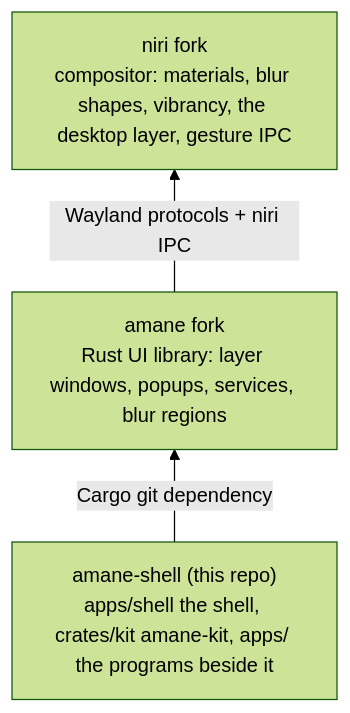
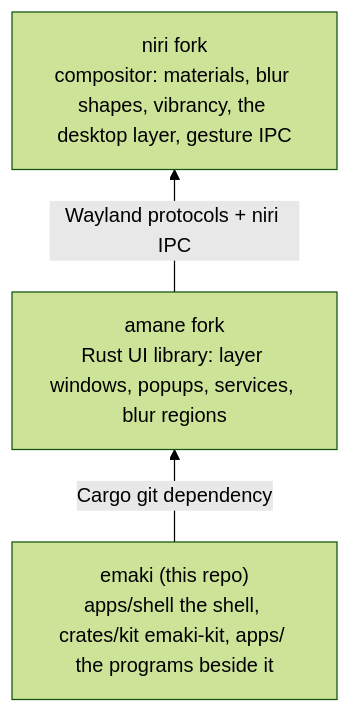
Before and after one commit to 098765434/amane-shell: the diagram in docs/README.md, drawn with Mermaid (forest theme). The commit also changed other lines of this file and 389 other files, not shown here.

Commit message:
amane-shell is emaki: packages, binaries, ids, env vars, sockets, D-Bus names, layer namespaces (mechanical)

````diff
--- a/docs/README.md
+++ b/docs/README.md
@@ -7,8 +7,8 @@
 ```mermaid
 flowchart BT
-    shell["amane-shell (this repo)<br/>apps/shell the shell, crates/kit amane-kit, apps/ the programs beside it"]
+    shell["emaki (this repo)<br/>apps/shell the shell, crates/kit emaki-kit, apps/ the programs beside it"]
     amane["amane fork<br/>Rust UI library: layer windows, popups, services, blur regions"]
     niri["niri fork<br/>compositor: materials, blur shapes, vibrancy, the desktop layer, gesture IPC"]
     shell -->|"Cargo git dependency"| amane
     amane -->|"Wayland protocols + niri IPC"| niri
 ```
````
